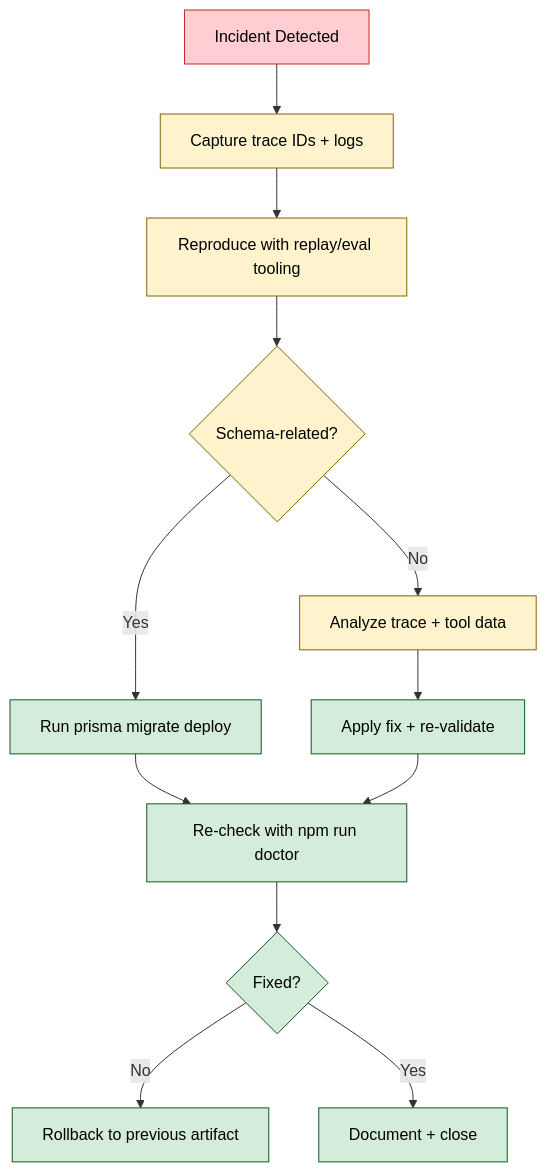
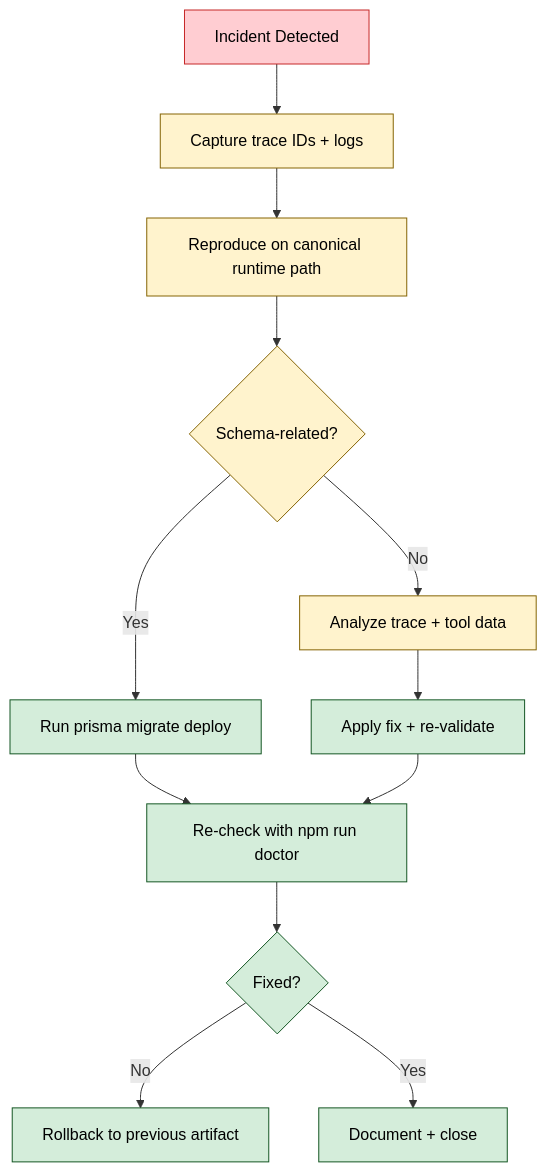
One commit to BokX1/Sage changed the third of 3 diagrams in docs/operations/RUNBOOK.md. Above: the diagram before and after it, drawn with Mermaid. The commit also changed other lines of this file and 28 other files, not shown here.

Commit message:
chore(legacy): remove agentic/eval replay stack and schema

````diff
--- a/docs/operations/RUNBOOK.md
+++ b/docs/operations/RUNBOOK.md
@@ -170,18 +165,18 @@
 ```mermaid
 flowchart TD
     classDef detect fill:#ffcdd2,stroke:#c62828,color:black
     classDef investigate fill:#fff3cd,stroke:#856404,color:black
     classDef resolve fill:#d4edda,stroke:#155724,color:black
 
     A[Incident Detected]:::detect --> B[Capture trace IDs + logs]:::investigate
-    B --> C[Reproduce with replay/eval tooling]:::investigate
+    B --> C[Reproduce on canonical runtime path]:::investigate
     C --> D{Schema-related?}:::investigate
     D -->|Yes| E[Run prisma migrate deploy]:::resolve
     D -->|No| F[Analyze trace + tool data]:::investigate
     F --> G[Apply fix + re-validate]:::resolve
     E --> H[Re-check with npm run doctor]:::resolve
     G --> H
     H --> I{Fixed?}:::resolve
     I -->|No| J[Rollback to previous artifact]:::resolve
     I -->|Yes| K[Document + close]:::resolve
 ```
````
